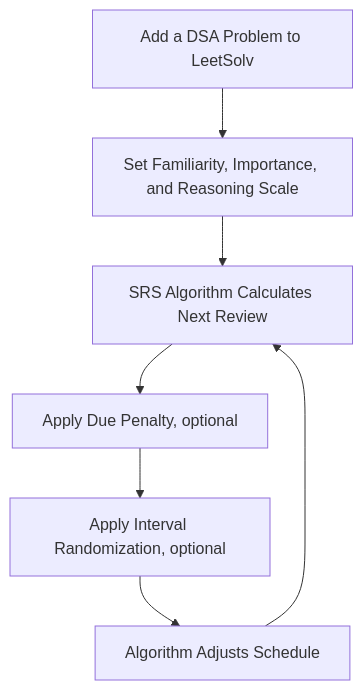
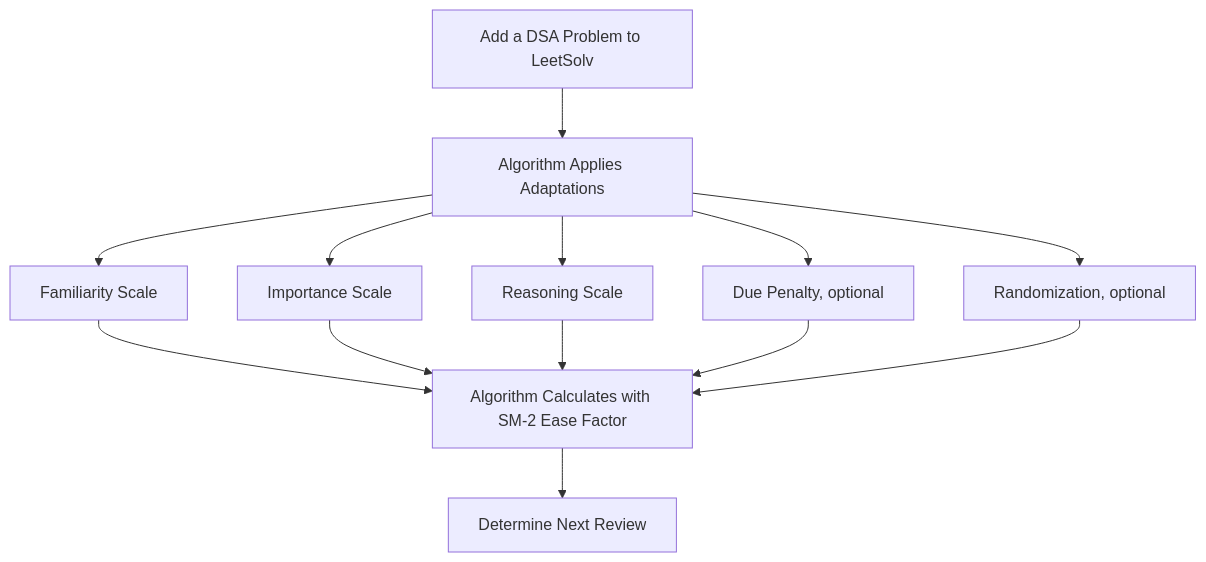
The first of 5 diagrams in README.md (eannchen/leetsolv), drawn with Mermaid before and after one commit. The commit also changed other lines of this file, not shown here.

````diff
--- a/README.md
+++ b/README.md
@@ -35,10 +36,19 @@
 ```mermaid
 graph TD
-    A[Add a DSA Problem to LeetSolv]
-    A --> B[Set Familiarity, Importance, and Reasoning Scale]
-    B --> C[SRS Algorithm Calculates Next Review]
-    C --> D[Apply Due Penalty, optional]
-    D --> E[Apply Interval Randomization, optional]
-    E --> F[Algorithm Adjusts Schedule]
-    F --> C
+    A[Add a DSA Problem to LeetSolv] --> B[Algorithm Applies Adaptations]
+    B --> C[Familiarity Scale]
+    B --> D[Importance Scale]
+    B --> E[Reasoning Scale]
+    B --> F[Due Penalty, optional]
+    B --> G[Randomization, optional]
+
+
+    H[Algorithm Calculates with SM-2 Ease Factor]
+    C --> H
+    D --> H
+    E --> H
+    F --> H
+    G --> H
+
+    H --> I[Determine Next Review]
 ```
````
